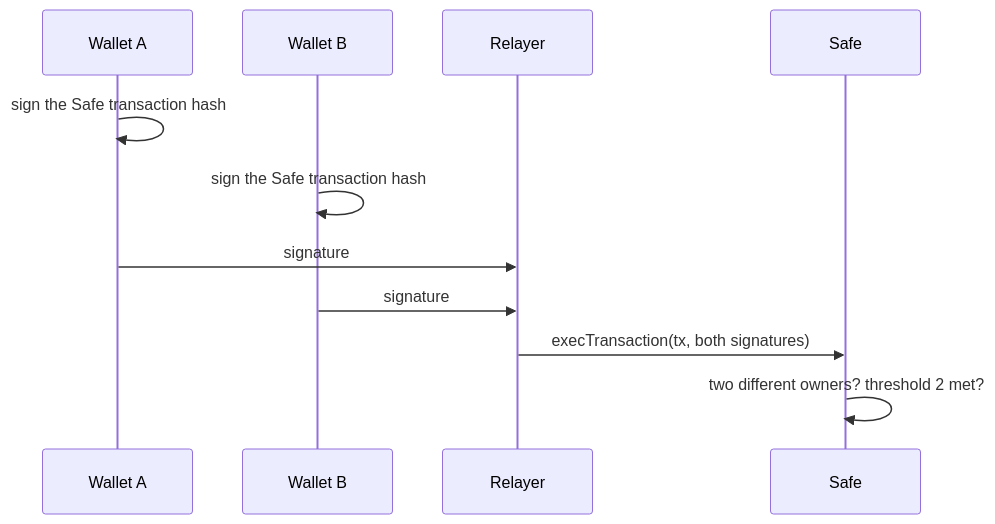
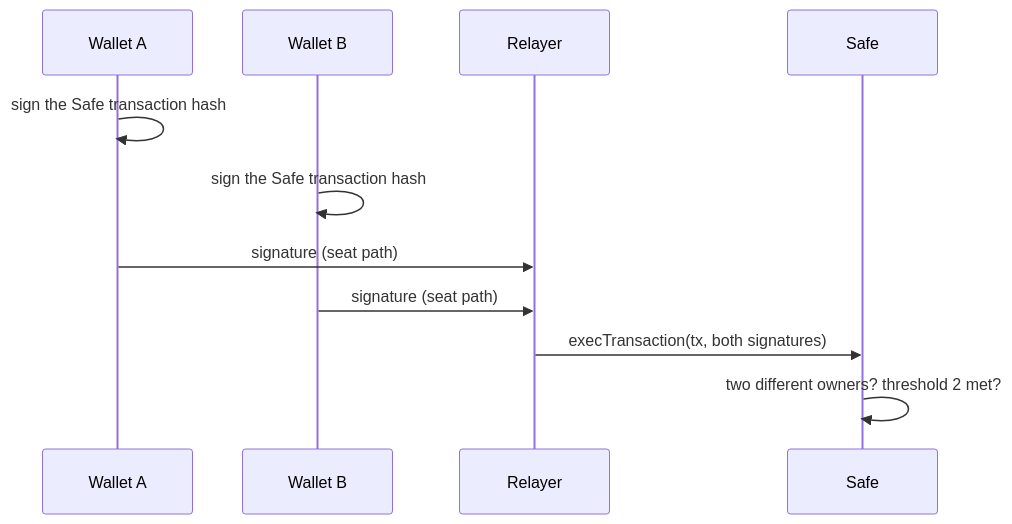
One commit to untangledfinance/oz-policy-builder changed the fourth of 8 diagrams in contracts/prime-session/ARCHITECTURE.md. Above: the diagram before and after it, drawn with Mermaid. The commit also changed other lines of this file and 81 other files, not shown here.

````diff
--- a/contracts/prime-session/ARCHITECTURE.md
+++ b/contracts/prime-session/ARCHITECTURE.md
@@ -210,13 +215,13 @@
 ```mermaid
 sequenceDiagram
   participant A as Wallet A
   participant B as Wallet B
   participant R as Relayer
   participant S as Safe
   A->>A: sign the Safe transaction hash
   B->>B: sign the Safe transaction hash
-  A->>R: signature
-  B->>R: signature
+  A->>R: signature (seat path)
+  B->>R: signature (seat path)
   R->>S: execTransaction(tx, both signatures)
   S->>S: two different owners? threshold 2 met?
 ```
````
